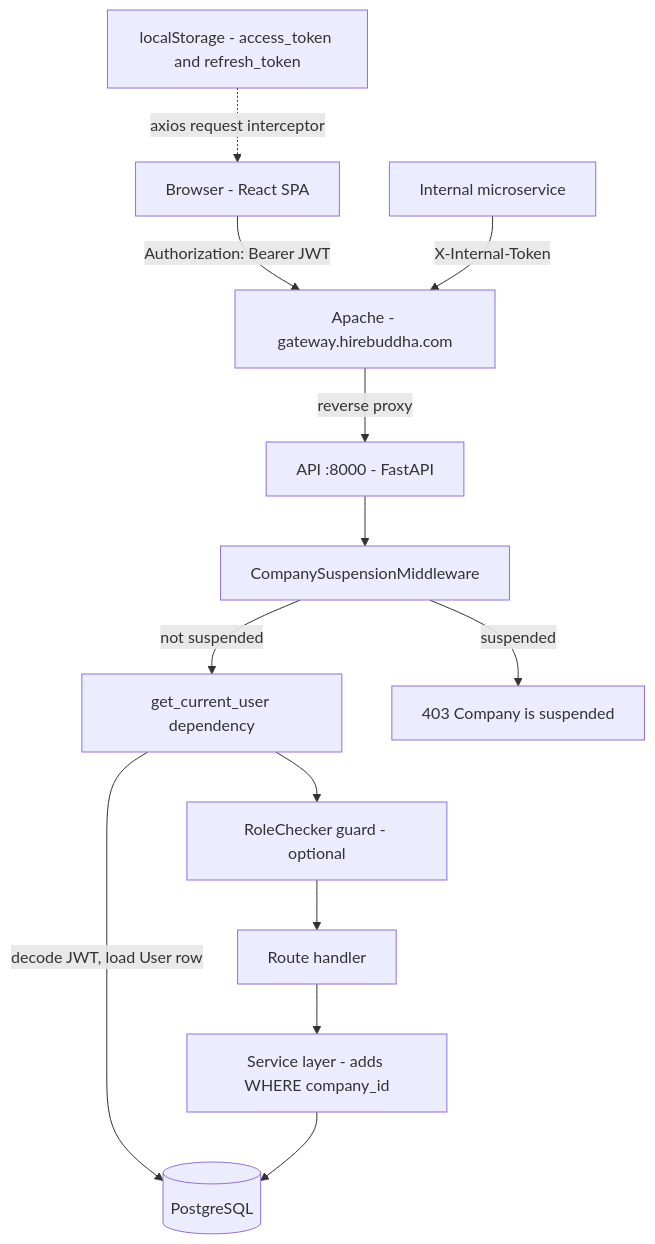
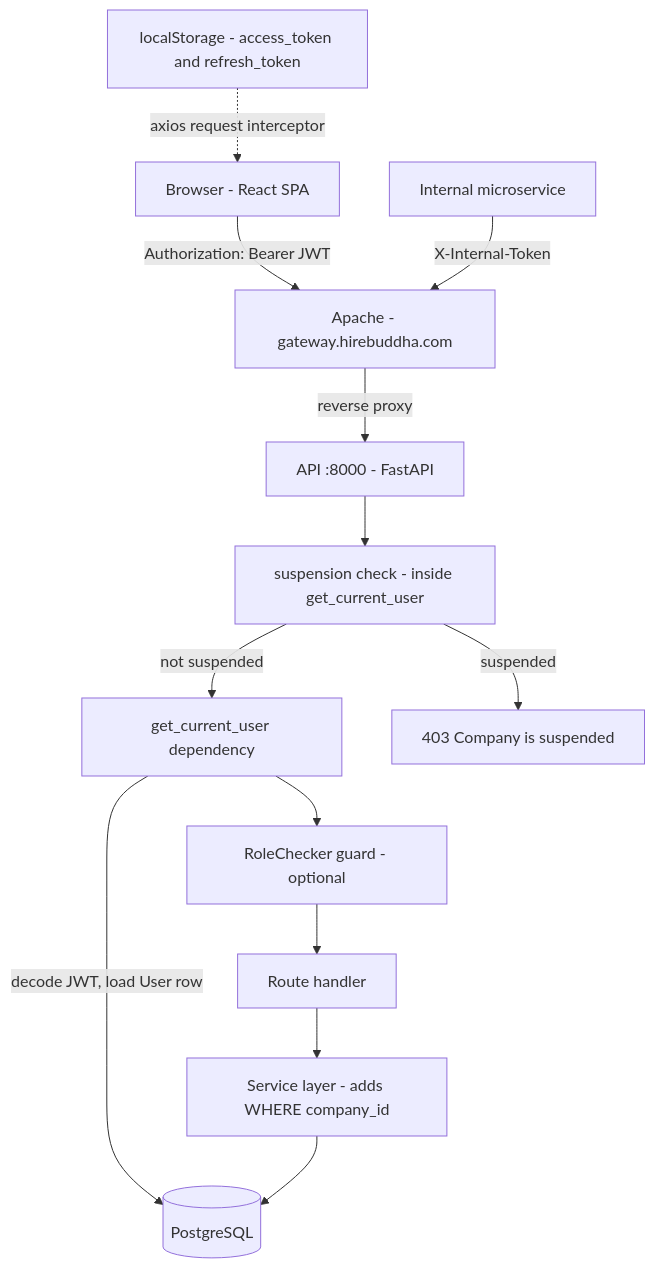
One commit to gondolerahul/hire-buddha-app changed the first of 20 diagrams in docs/current/04-auth-rbac-tenancy.md. Above: the diagram before and after it, drawn with Mermaid. The commit also changed other lines of this file and 9 other files, not shown here.

````diff
--- a/docs/current/04-auth-rbac-tenancy.md
+++ b/docs/current/04-auth-rbac-tenancy.md
@@ -41,28 +41,28 @@
 ```mermaid
 flowchart TD
     Browser["Browser - React SPA"]
     LS["localStorage - access_token and refresh_token"]
     GW["Apache - gateway.hirebuddha.com"]
     BE["API :8000 - FastAPI"]
-    SUSP["CompanySuspensionMiddleware"]
+    SUSP["suspension check - inside get_current_user"]
     DEP["get_current_user dependency"]
     ROLE["RoleChecker guard - optional"]
     HANDLER["Route handler"]
     SVC["Service layer - adds WHERE company_id"]
     DB[("PostgreSQL")]
 
     Browser -->|"Authorization: Bearer JWT"| GW
     LS -.->|"axios request interceptor"| Browser
     GW -->|"reverse proxy"| BE
     BE --> SUSP
     SUSP -->|"not suspended"| DEP
     SUSP -->|"suspended"| Blocked403["403 Company is suspended"]
     DEP -->|"decode JWT, load User row"| DB
     DEP --> ROLE
     ROLE --> HANDLER
     HANDLER --> SVC
     SVC --> DB
 
     INT["Internal microservice"]
     INT -->|"X-Internal-Token"| GW
 ```
````
